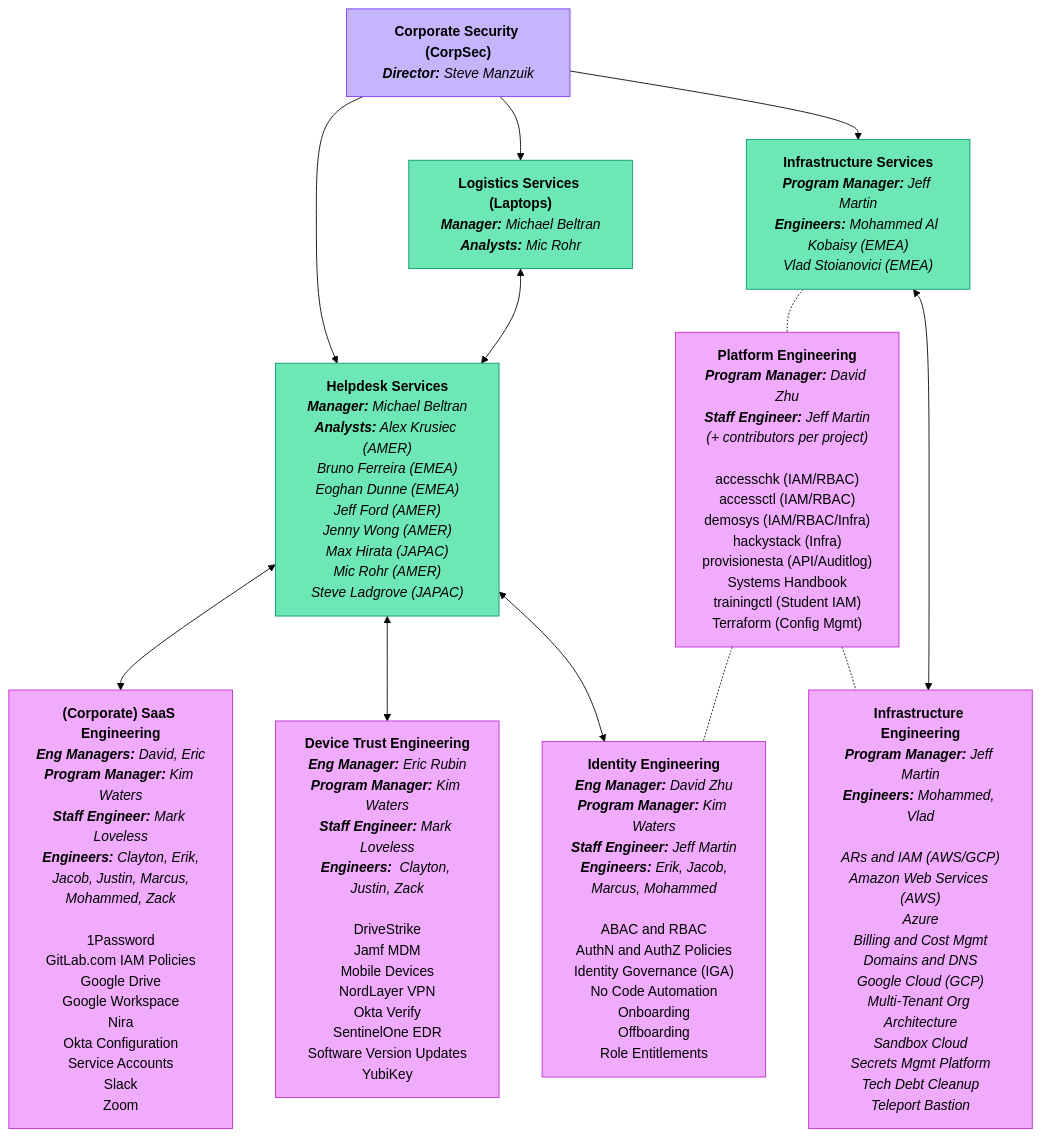
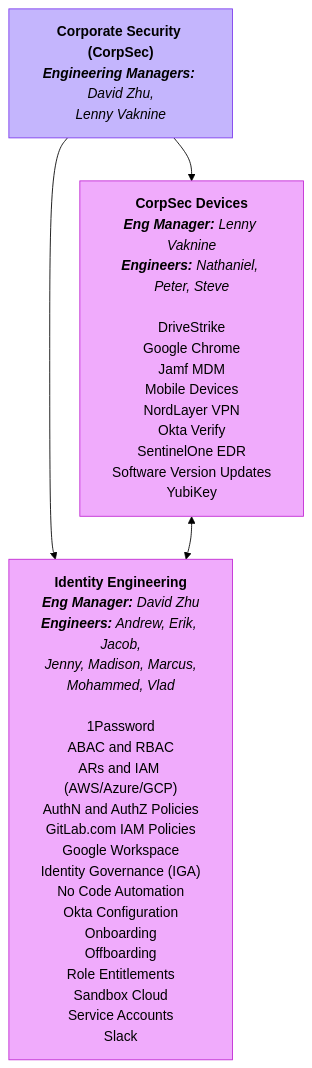
The first of 2 diagrams in content/handbook/security/corporate/team/_index.md (kyama0/gitlab-handbook-ja), drawn with Mermaid (forest theme) before and after one commit. The commit also changed other lines of this file and 145 other files, not shown here.

````diff
--- a/content/handbook/security/corporate/team/_index.md
+++ b/content/handbook/security/corporate/team/_index.md
@@ -472,44 +256,24 @@
 ```mermaid
 graph TB
 
-CORPSEC_SVC["<b>Corporate Security (CorpSec)</b><br><i><b>Director:</b> Steve Manzuik</i>"]:::violet
+CORPSEC_SVC["<b>Corporate Security (CorpSec)</b><br><i><b>Engineering Managers:</b> David Zhu,<br>Lenny Vaknine</i>"]:::violet
 
-CORPSEC_SVC_HELPDESK["<b>Helpdesk Services</b><br><i><b>Manager:</b> Michael Beltran</i><br><i><b>Analysts:</b> Alex Krusiec (AMER)<br>Bruno Ferreira (EMEA)<br>Eoghan Dunne (EMEA)<br>Jeff Ford (AMER)<br>Jenny Wong (AMER)<br>Max Hirata (JAPAC)<br>Mic Rohr (AMER)<br>Steve Ladgrove (JAPAC)"]:::emerald
-CORPSEC_SVC_LOGISTICS["<b>Logistics Services (Laptops)</b><br><i><b>Manager:</b> Michael Beltran</i><br><i><b>Analysts:</b> Mic Rohr</i>"]:::emerald
-CORPSEC_SVC_INFRA["<b>Infrastructure Services</b><br><i><b>Program Manager:</b> Jeff Martin</i><br><i><b>Engineers:</b> Mohammed Al Kobaisy (EMEA)<br>Vlad Stoianovici (EMEA)"]:::emerald
 
-CORPSEC_ENG_SAAS["<b>(Corporate) SaaS Engineering</b><br><i><b>Eng Managers:</b> David, Eric</i><br><i><b>Program Manager:</b> Kim Waters</i><br><i><b>Staff Engineer:</b> Mark Loveless</i><br><i><b>Engineers:</b> Clayton, Erik,<br> Jacob, Justin, Marcus, Mohammed, Zack</i><br><br>1Password<br>GitLab.com IAM Policies<br>Google Drive<br>Google Workspace<br>Nira<br>Okta Configuration<br>Service Accounts<br>Slack<br>Zoom"]:::fuchsia
-CORPSEC_ENG_DEVICE["<b>Device Trust Engineering</b><br><i><b>Eng Manager:</b> Eric Rubin</i><br><i><b>Program Manager:</b> Kim Waters</i><br><i><b>Staff Engineer:</b> Mark Loveless</i><br><i><b>Engineers:</b>  Clayton, Justin, Zack</i><br><br>DriveStrike<br>Jamf MDM<br>Mobile Devices<br>NordLayer VPN<br>Okta Verify<br>SentinelOne EDR<br>Software Version Updates<br>YubiKey"]:::fuchsia
-CORPSEC_ENG_IDENTITY["<b>Identity Engineering</b><br><i><b>Eng Manager:</b> David Zhu</i><br><i><b>Program Manager:</b> Kim Waters</i><br><i><b>Staff Engineer:</b> Jeff Martin</i><br><i><b>Engineers:</b> Erik, Jacob,<br>Marcus, Mohammed</i><br><br>ABAC and RBAC<br>AuthN and AuthZ Policies<br>Identity Governance (IGA)<br>No Code Automation<br>Onboarding<br>Offboarding<br>Role Entitlements"]:::fuchsia
-CORPSEC_ENG_INFRA["<b>Infrastructure Engineering</b><br><i><b>Program Manager:</b> Jeff Martin</i><br><i><b>Engineers:</b> Mohammed, Vlad<br><br>ARs and IAM (AWS/GCP)<br>Amazon Web Services (AWS)<br>Azure<br>Billing and Cost Mgmt<br>Domains and DNS<br>Google Cloud (GCP)<br>Multi-Tenant Org Architecture<br>Sandbox Cloud<br>Secrets Mgmt Platform<br>Tech Debt Cleanup<br>Teleport Bastion"]:::fuchsia
-CORPSEC_ENG_PLATFORM["<b>Platform Engineering</b><br><i><b>Program Manager:</b> David Zhu</i><br><i><b>Staff Engineer:</b> Jeff Martin</i><br><i>(+ contributors per project)</i><br><br>accesschk (IAM/RBAC)<br>accessctl (IAM/RBAC)<br>demosys (IAM/RBAC/Infra)<br>hackystack (Infra)<br>provisionesta (API/Auditlog)<br>Systems Handbook<br>trainingctl (Student IAM)<br>Terraform (Config Mgmt)"]:::fuchsia
+CORPSEC_ENG_DEVICE["<b>CorpSec Devices</b><br><i><b>Eng Manager:</b> Lenny Vaknine</i><br><i><b>Engineers:</b> Nathaniel, Peter, Steve</i><br><br>DriveStrike<br>Google Chrome<br>Jamf MDM<br>Mobile Devices<br>NordLayer VPN<br>Okta Verify<br>SentinelOne EDR<br>Software Version Updates<br>YubiKey"]:::fuchsia
+CORPSEC_ENG_IDENTITY["<b>Identity Engineering</b><br><i><b>Eng Manager:</b> David Zhu</i><br><i><b>Engineers:</b> Andrew, Erik, Jacob,<br>Jenny, Madison, Marcus,<br>Mohammed, Vlad</i><br><br>1Password<br>ABAC and RBAC<br>ARs and IAM (AWS/Azure/GCP)<br>AuthN and AuthZ Policies<br>GitLab.com IAM Policies<br>Google Workspace<br>Identity Governance (IGA)<br>No Code Automation<br>Okta Configuration<br>Onboarding<br>Offboarding<br>Role Entitlements<br>Sandbox Cloud<br>Service Accounts<br>Slack"]:::fuchsia
 
-CORPSEC_SVC --> CORPSEC_SVC_HELPDESK
-CORPSEC_SVC --> CORPSEC_SVC_LOGISTICS
-CORPSEC_SVC --> CORPSEC_SVC_INFRA
-CORPSEC_SVC_HELPDESK <--> CORPSEC_ENG_SAAS
-CORPSEC_SVC_HELPDESK <--> CORPSEC_ENG_DEVICE
-CORPSEC_SVC_HELPDESK <--> CORPSEC_ENG_IDENTITY
-CORPSEC_SVC_LOGISTICS <--> CORPSEC_SVC_HELPDESK
-%% CORPSEC_ENG -.- CORPSEC_ENG_SAAS
-%% CORPSEC_ENG -.- CORPSEC_ENG_DEVICE
-%% CORPSEC_ENG -.- CORPSEC_ENG_IDENTITY
-%% CORPSEC_ENG -.- CORPSEC_ENG_INFRA
-%% CORPSEC_ENG -.- CORPSEC_ENG_PLATFORM
-CORPSEC_SVC_INFRA -.- CORPSEC_ENG_PLATFORM
-CORPSEC_ENG_PLATFORM -.- CORPSEC_ENG_IDENTITY
-CORPSEC_ENG_PLATFORM -.- CORPSEC_ENG_INFRA
-CORPSEC_SVC_INFRA <--> CORPSEC_ENG_INFRA
-%% CORPSEC_ENG_IDENTITY -.- CORPSEC_ENG_PLATFORM
-%% CORPSEC_ENG_INFRA -.- CORPSEC_ENG_PLATFORM
 
 classDef slate fill:#cbd5e1,stroke:#475569,stroke-width:1px;
 classDef red fill:#fca5a5,stroke:#dc2626,stroke-width:1px;
 classDef orange fill:#fdba74,stroke:#ea580c,stroke-width:1px;
 classDef yellow fill:#fcd34d,stroke:#ca8a04,stroke-width:1px;
 classDef emerald fill:#6ee7b7,stroke:#059669,stroke-width:1px;
 classDef cyan fill:#67e8f9,stroke:#0891b2,stroke-width:1px;
 classDef sky fill:#7dd3fc,stroke:#0284c7,stroke-width:1px;
 classDef violet fill:#c4b5fd,stroke:#7c3aed,stroke-width:1px;
 classDef fuchsia fill:#f0abfc,stroke:#c026d3,stroke-width:1px;
+CORPSEC_SVC --> CORPSEC_ENG_DEVICE
+CORPSEC_SVC --> CORPSEC_ENG_IDENTITY
+CORPSEC_ENG_DEVICE <--> CORPSEC_ENG_IDENTITY
+
 ```
````
